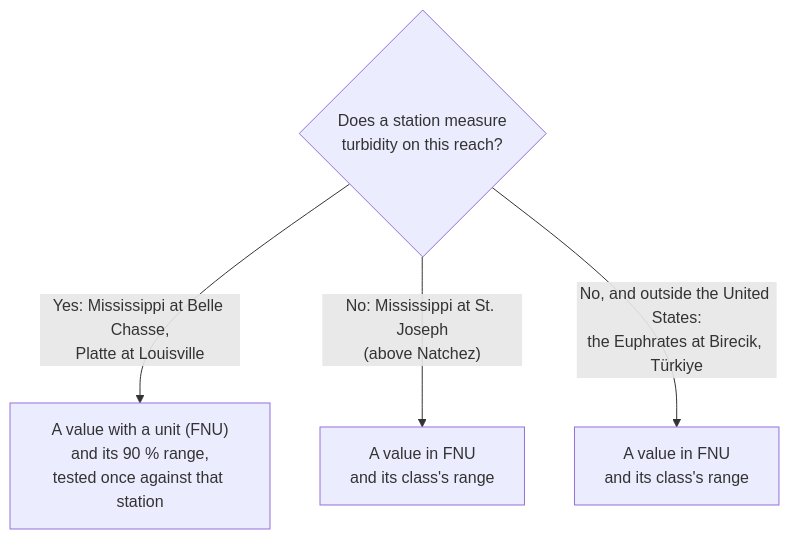
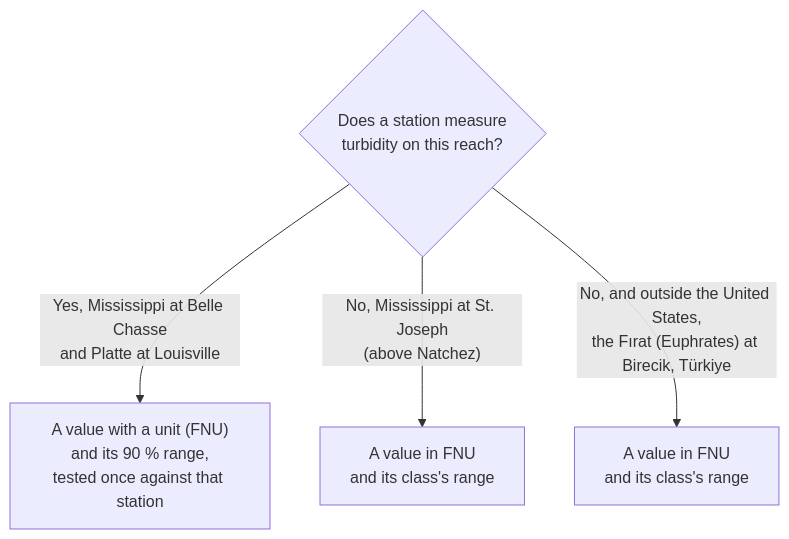
The second of 2 diagrams in README.md (saulo1112/RiverEtch), drawn with Mermaid before and after one commit. The commit also changed other lines of this file and 4 other files, not shown here.

Commit message:
docs: the README and docs show each reading's value, name the models and explain the flow

````diff
--- a/README.md
+++ b/README.md
@@ -113,7 +143,7 @@
 ```mermaid
 flowchart TD
   Q{"Does a station measure<br/>turbidity on this reach?"}
-  Q -->|"Yes: Mississippi at Belle Chasse,<br/>Platte at Louisville"| A["A value with a unit (FNU)<br/>and its 90 % range,<br/>tested once against that station"]
-  Q -->|"No: Mississippi at St. Joseph<br/>(above Natchez)"| B["A value in FNU<br/>and its class's range"]
-  Q -->|"No, and outside the United States:<br/>the Euphrates at Birecik, Türkiye"| C["A value in FNU<br/>and its class's range"]
+  Q -->|"Yes, Mississippi at Belle Chasse<br/>and Platte at Louisville"| A["A value with a unit (FNU)<br/>and its 90 % range,<br/>tested once against that station"]
+  Q -->|"No, Mississippi at St. Joseph<br/>(above Natchez)"| B["A value in FNU<br/>and its class's range"]
+  Q -->|"No, and outside the United States,<br/>the Fırat (Euphrates) at Birecik, Türkiye"| C["A value in FNU<br/>and its class's range"]
 ```
````
